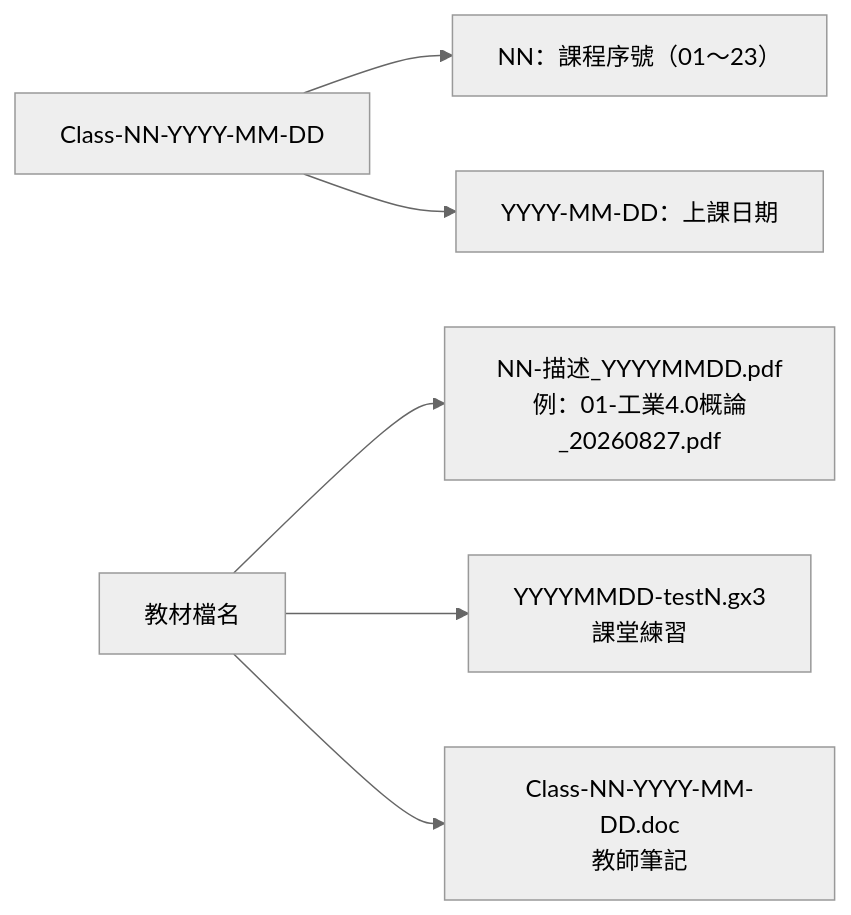
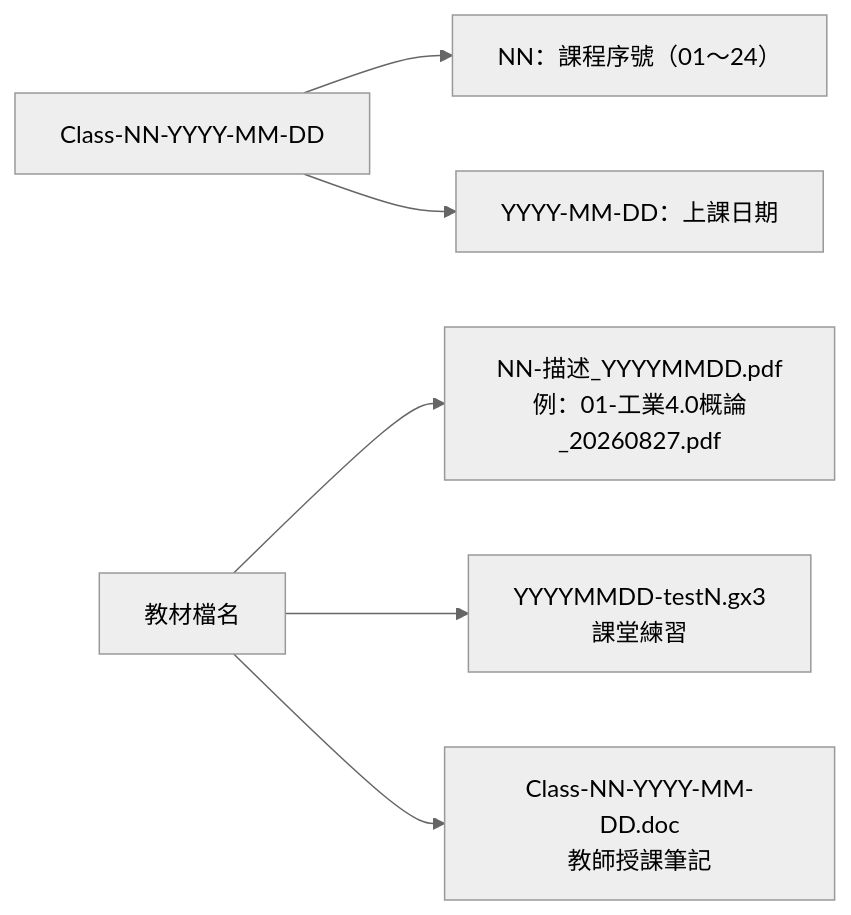
The third of 3 diagrams in docs/COURSE-MAP.md (yd7148/INDUSTRY-4.0), drawn with Mermaid (neutral theme) before and after one commit. The commit also changed other lines of this file and 447 other files, not shown here.

````diff
--- a/docs/COURSE-MAP.md
+++ b/docs/COURSE-MAP.md
@@ -125,8 +128,8 @@
 ```mermaid
 flowchart LR
-    A["Class-NN-YYYY-MM-DD"] --> B["NN：課程序號（01～23）"]
+    A["Class-NN-YYYY-MM-DD"] --> B["NN：課程序號（01～24）"]
     A --> C["YYYY-MM-DD：上課日期"]
     D["教材檔名"] --> E["NN-描述_YYYYMMDD.pdf<br/>例：01-工業4.0概論_20260827.pdf"]
     D --> F["YYYYMMDD-testN.gx3<br/>課堂練習"]
-    D --> G["Class-NN-YYYY-MM-DD.doc<br/>教師筆記"]
+    D --> G["Class-NN-YYYY-MM-DD.doc<br/>教師授課筆記"]
 ```
````
